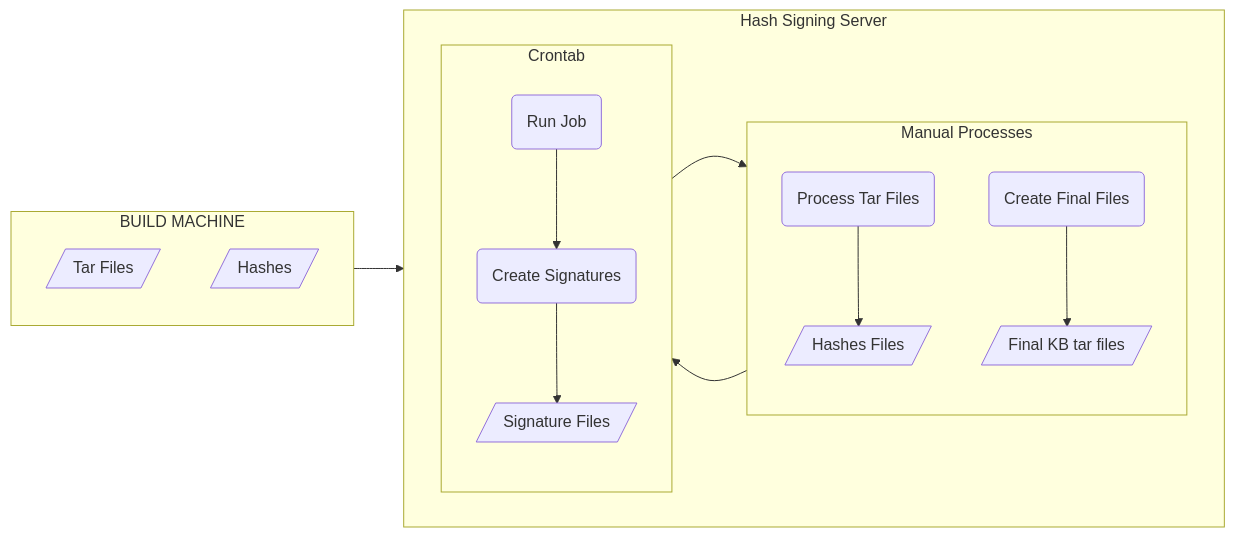
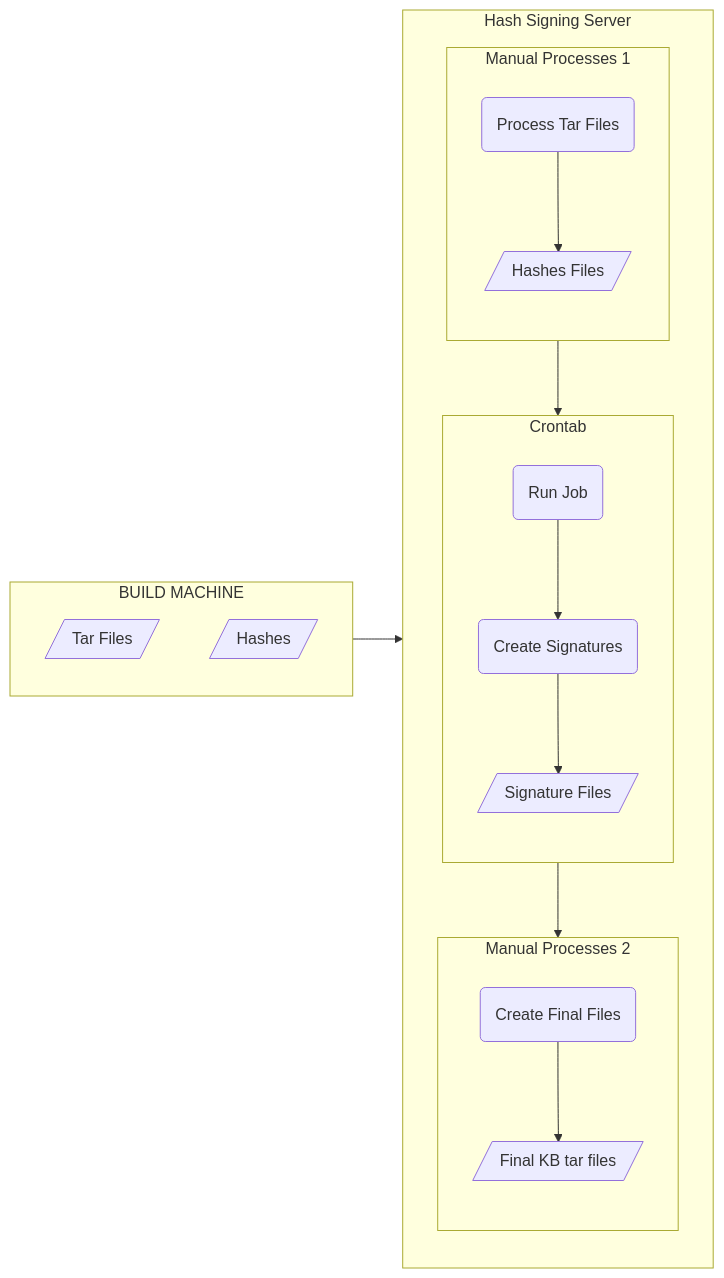
Before and after one commit to lopezji/test-repository: the diagram in README.md, drawn with Mermaid.

````diff
--- a/README.md
+++ b/README.md
@@ -4,31 +4,35 @@
 ```mermaid
 %%{init: {"flowchart": {"htmlLabels": false}} }%%
 flowchart LR
     subgraph a["BUILD MACHINE"]
         direction TB
             a1[/Tar Files/]
             a2[/Hashes/]
     end
 
      subgraph b["Hash Signing Server"]
-        direction LR
-            subgraph b1[Manual Processes]
+        direction TB
+            subgraph b1[Manual Processes 1]
                 direction TB
                 b11(Process Tar Files) --> b12[/Hashes Files/]
-                c1("Create Final Files") --> c2[/Final KB tar files/]
             end
 
             subgraph b2["Crontab"]
                 direction TB 
                 b21("Run Job") --> b22(Create Signatures)
                 b22 --> b23[/Signature Files/]
             end 
 
+            subgraph b3[Manual Processes 2]
+                direction TB
+                b31("Create Final Files") --> b32[/Final KB tar files/]
+            end
+
             b12 --> b2
             
-            b2 --> c1
+            b2 --> b3
      end               
 
      a --> b
 
 ```
````
